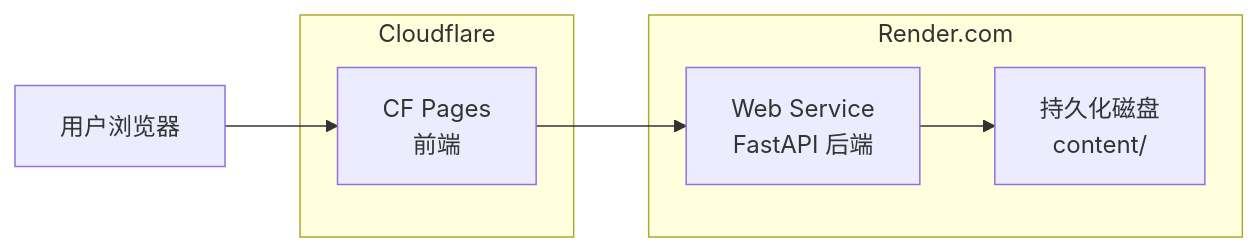
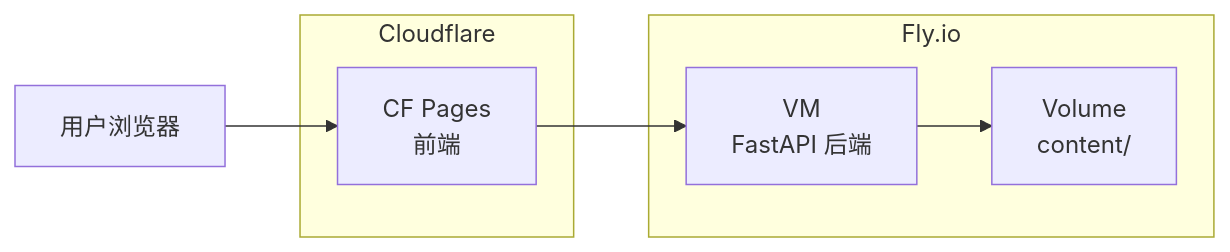
Before and after one commit to zhanghailang123/code-199: the diagram in docs/deployment_design_zh.md, drawn with Mermaid. The commit also changed other lines of this file and 7 other files, not shown here.

````diff
--- a/docs/deployment_design_zh.md
+++ b/docs/deployment_design_zh.md
@@ -5,13 +5,13 @@
 ```mermaid
 graph LR
     subgraph Cloudflare
         A[CF Pages<br/>前端]
     end
-    subgraph Render.com
-        B[Web Service<br/>FastAPI 后端]
-        C[持久化磁盘<br/>content/]
+    subgraph Fly.io
+        B[VM<br/>FastAPI 后端]
+        C[Volume<br/>content/]
     end
     D[用户浏览器] --> A
     A --> B
     B --> C
 ```
````
